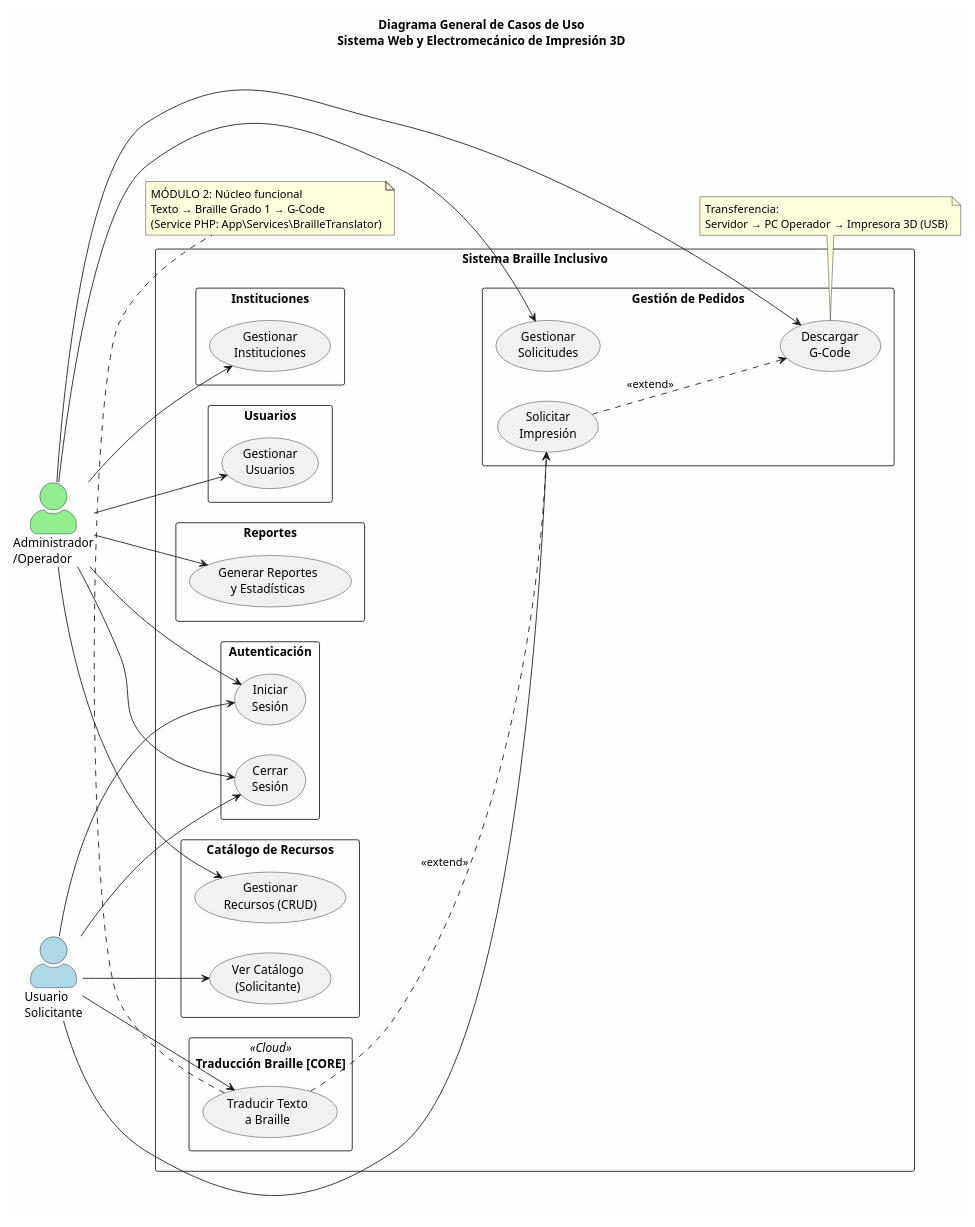
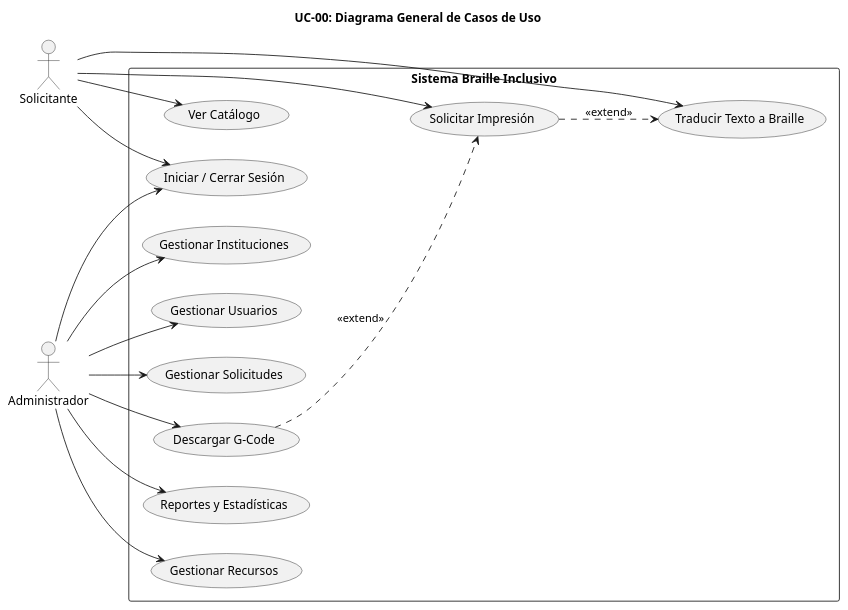
The diagram in docs/casos_de_uso/plantuml/UC00_diagrama_general.puml (ArlTechDev/sistema-3d-inclusivo), drawn with PlantUML before and after one commit. The commit also changed 53 other files, not shown here.

Commit message:
docs(casos): diagramas UML 2.5 académicos B/N (extend corregido, sin actor Sistema, escenarios fuera) + PNG/SVG

```diff
--- a/docs/casos_de_uso/plantuml/UC00_diagrama_general.puml
+++ b/docs/casos_de_uso/plantuml/UC00_diagrama_general.puml
@@ -1,96 +1,41 @@
 @startuml UC00_Diagrama_General
-' =============================================
-' UC-00: Diagrama General del Sistema
-' Sistema Braille Inclusivo — PSCP
-' =============================================
+title UC-00: Diagrama General de Casos de Uso
+
+skinparam monochrome true
+skinparam shadowing false
+skinparam backgroundColor white
 
 left to right direction
-skinparam actorStyle awesome
-skinparam packageStyle rectangle
-skinparam backgroundColor #FEFEFE
-skinparam shadowing false
-skinparam defaultFontName "Segoe UI"
 
-title Diagrama General de Casos de Uso\nSistema Web y Electromecánico de Impresión 3D
+actor "Solicitante" as S
+actor "Administrador" as A
 
-' === ACTORES ===
-actor "Usuario\nSolicitante" as S #LightBlue
-actor "Administrador\n/Operador" as A #LightGreen
-
-' === SISTEMA ===
-rectangle "Sistema Braille Inclusivo" as SYS {
-
-    ' -- Autenticación --
-    package "Autenticación" {
-        usecase "Iniciar\nSesión" as UC01a
-        usecase "Cerrar\nSesión" as UC01b
-    }
-
-    ' -- Catálogo --
-    package "Catálogo de Recursos" {
-        usecase "Ver Catálogo\n(Solicitante)" as UC03
-        usecase "Gestionar\nRecursos (CRUD)" as UC02
-    }
-
-    ' -- Instituciones --
-    package "Instituciones" {
-        usecase "Gestionar\nInstituciones" as UC04
-    }
-
-    ' -- Usuarios --
-    package "Usuarios" {
-        usecase "Gestionar\nUsuarios" as UC05
-    }
-
-    ' -- Traducción (CORE) --
-    package "Traducción Braille [CORE]" <<Cloud>> {
-        usecase "Traducir Texto\na Braille" as UC06
-    }
-
-    ' -- Solicitudes --
-    package "Gestión de Pedidos" {
-        usecase "Solicitar\nImpresión" as UC07
-        usecase "Gestionar\nSolicitudes" as UC08
-        usecase "Descargar\nG-Code" as UC09
-    }
-
-    ' -- Reportes --
-    package "Reportes" {
-        usecase "Generar Reportes\ny Estadísticas" as UC10
-    }
+rectangle "Sistema Braille Inclusivo" {
+    usecase "Iniciar / Cerrar Sesión" as UC01a
+    usecase "Gestionar Recursos" as UC02
+    usecase "Ver Catálogo" as UC03
+    usecase "Gestionar Instituciones" as UC04
+    usecase "Gestionar Usuarios" as UC05
+    usecase "Traducir Texto a Braille" as UC06
+    usecase "Solicitar Impresión" as UC07
+    usecase "Gestionar Solicitudes" as UC08
+    usecase "Descargar G-Code" as UC09
+    usecase "Reportes y Estadísticas" as UC10
 }
 
-' === CONEXIONES SOLICITANTE ===
 S --> UC01a
-S --> UC01b
 S --> UC03
 S --> UC06
 S --> UC07
-
-' === CONEXIONES ADMINISTRADOR ===
 A --> UC01a
-A --> UC01b
 A --> UC02
 A --> UC04
 A --> UC05
 A --> UC08
 A --> UC09
 A --> UC10
 
-' === RELACIONES ===
-UC06 ..> UC07 : <<extend>>
-UC07 ..> UC09 : <<extend>>
-
-' === NOTAS ===
-note bottom of UC06
-  MÓDULO 2: Núcleo funcional
-  Texto → Braille Grado 1 → G-Code
-  (Service PHP: App\Services\BrailleTranslator)
-end note
-
-note bottom of UC09
-  Transferencia:
-  Servidor → PC Operador → Impresora 3D (USB)
-end note
+UC07 ..> UC06 : <<extend>>
+UC09 ..> UC07 : <<extend>>
 
 @enduml
```
